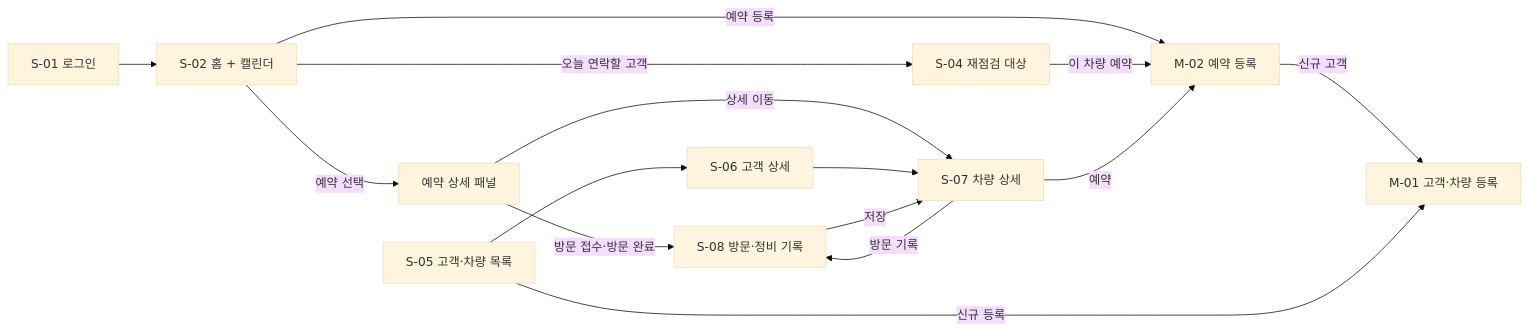
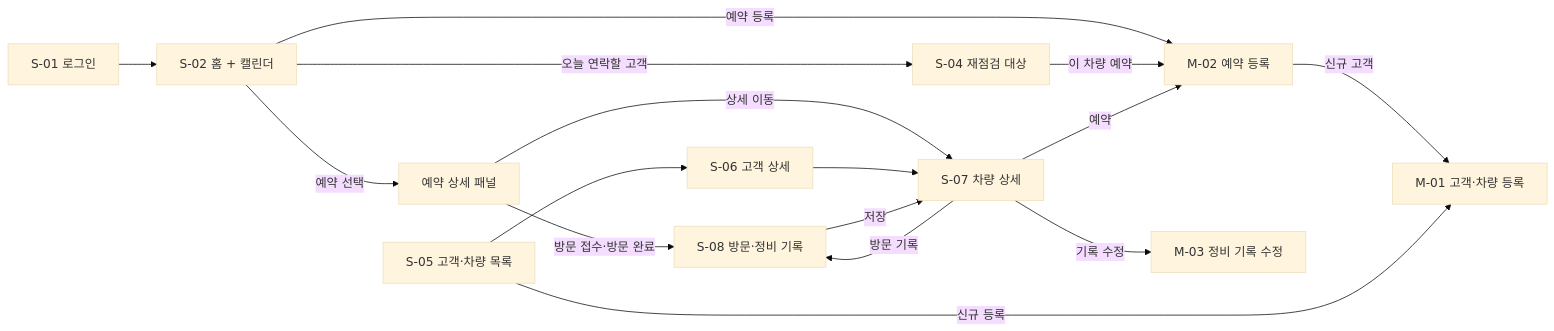
One commit to OneMonthproJect/chagok-docs changed the diagram in docs/09_screens_화면명세서.md. Above: the diagram before and after it, drawn with Mermaid (base theme). The commit also changed other lines of this file and 16 other files, not shown here.

````diff
--- a/docs/09_screens_화면명세서.md
+++ b/docs/09_screens_화면명세서.md
@@ -45,17 +46,18 @@
 ```mermaid
 flowchart LR
   S01["S-01 로그인"] --> S02["S-02 홈 + 캘린더"]
   S02 -->|오늘 연락할 고객| S04["S-04 재점검 대상"]
   S02 -->|예약 선택| P["예약 상세 패널"]
   S02 -->|예약 등록| M02["M-02 예약 등록"]
   S04 -->|이 차량 예약| M02
   M02 -->|신규 고객| M01["M-01 고객·차량 등록"]
   P -->|방문 접수·방문 완료| S08["S-08 방문·정비 기록"]
   P -->|상세 이동| S07["S-07 차량 상세"]
   S05["S-05 고객·차량 목록"] -->|신규 등록| M01
   S05 --> S06["S-06 고객 상세"]
   S06 --> S07
   S07 -->|방문 기록| S08
   S07 -->|예약| M02
+  S07 -->|기록 수정| M03["M-03 정비 기록 수정"]
   S08 -->|저장| S07
 ```
````
